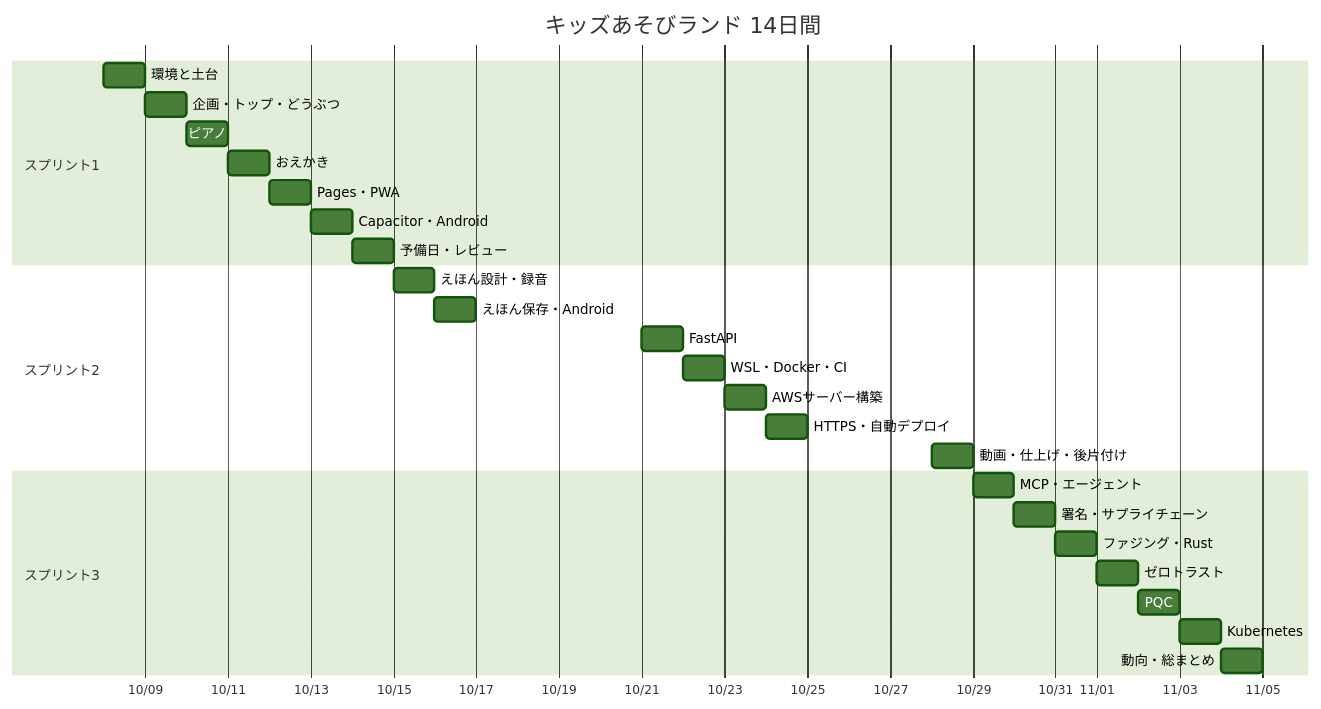
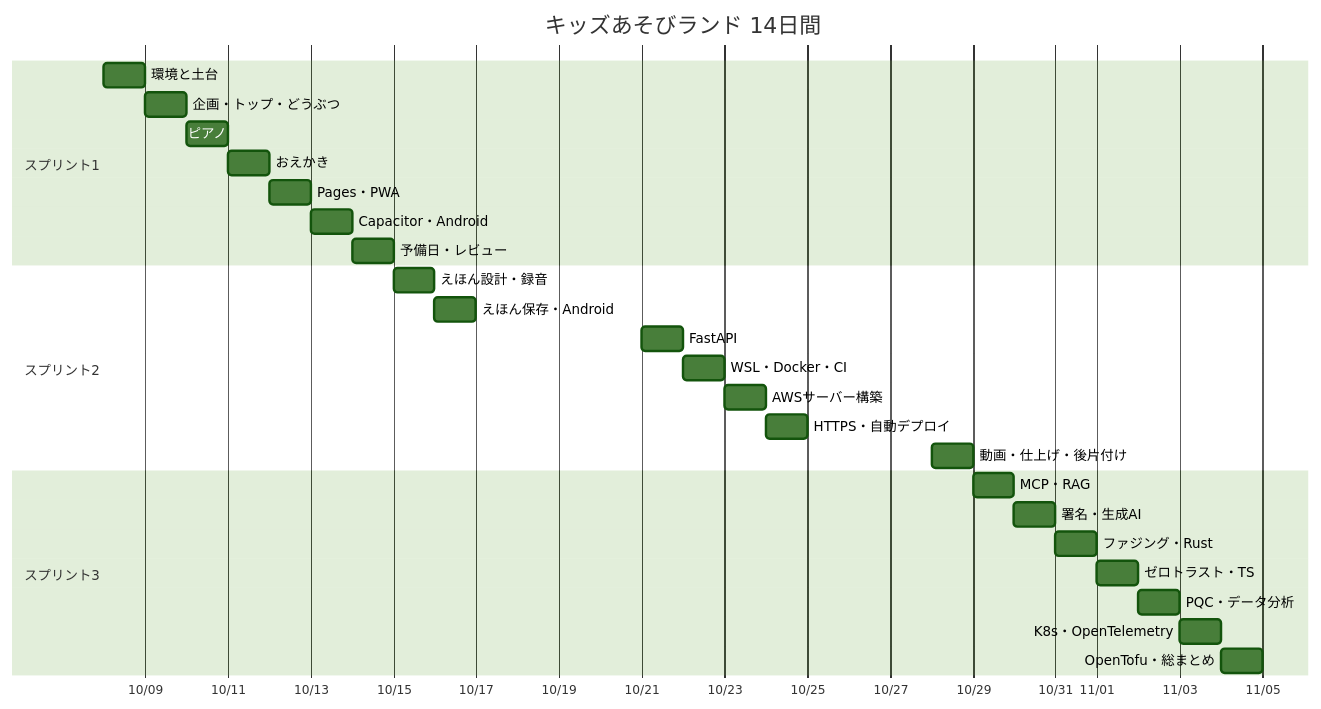
One commit to Hayato-F110/kids-play changed the diagram in docs/plan.md. Above: the diagram before and after it, drawn with Mermaid (forest theme). The commit also changed other lines of this file and 1 other file, not shown here.

First line of the commit message:
KIDS-50 docs: スプリント3に生成AI、LLMアプリ、TypeScript、データ分析、OpenTelemetry、OpenTofu を足す

````diff
--- a/docs/plan.md
+++ b/docs/plan.md
@@ -20,30 +20,30 @@
 ```mermaid
 gantt
     title キッズあそびランド 14日間
     dateFormat YYYY-MM-DD
     axisFormat %m/%d
     section スプリント1
     環境と土台            :d1, 2026-10-08, 1d
     企画・トップ・どうぶつ  :d2, after d1, 1d
     ピアノ                :d3, after d2, 1d
     おえかき              :d4, after d3, 1d
     Pages・PWA            :d5, after d4, 1d
     Capacitor・Android    :d6, after d5, 1d
     予備日・レビュー       :d7, after d6, 1d
     section スプリント2
     えほん設計・録音       :d8, after d7, 1d
     えほん保存・Android    :d9, after d8, 1d
     FastAPI               :d10, 2026-10-21, 1d
     WSL・Docker・CI       :d11, after d10, 1d
     AWSサーバー構築        :d12, after d11, 1d
     HTTPS・自動デプロイ    :d13, after d12, 1d
     動画・仕上げ・後片付け  :d14, 2026-10-28, 1d
     section スプリント3
-    MCP・エージェント      :d15, after d14, 1d
-    署名・サプライチェーン  :d16, after d15, 1d
+    MCP・RAG             :d15, after d14, 1d
+    署名・生成AI          :d16, after d15, 1d
     ファジング・Rust       :d17, after d16, 1d
-    ゼロトラスト           :d18, after d17, 1d
-    PQC                   :d19, after d18, 1d
-    Kubernetes            :d20, after d19, 1d
-    動向・総まとめ         :d21, after d20, 1d
+    ゼロトラスト・TS      :d18, after d17, 1d
+    PQC・データ分析       :d19, after d18, 1d
+    K8s・OpenTelemetry    :d20, after d19, 1d
+    OpenTofu・総まとめ    :d21, after d20, 1d
 ```
````
